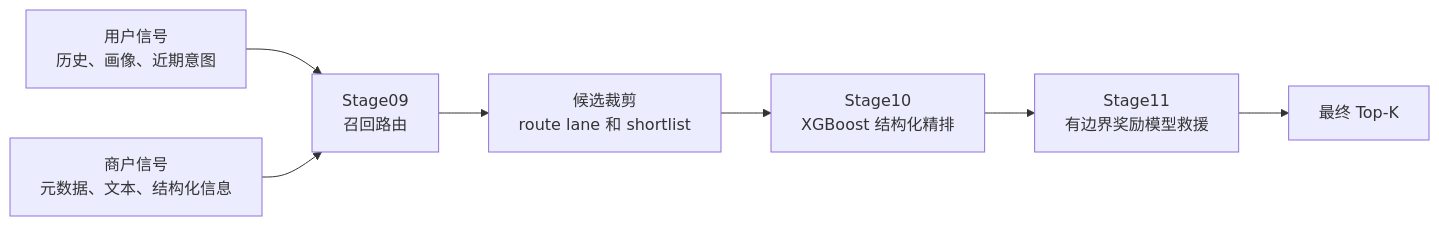
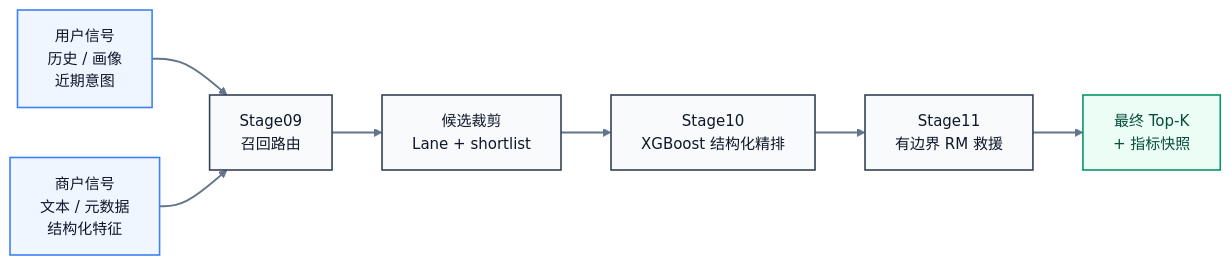
One commit to William-Huang274/Yelp-Offline-Recommendation-Pipeline changed the first of 2 diagrams in README.zh-CN.md. Above: the diagram before and after it, drawn with Mermaid. The commit also changed other lines of this file and 1 other file, not shown here.

Commit message:
docs: polish readme architecture diagrams

````diff
--- a/README.zh-CN.md
+++ b/README.zh-CN.md
@@ -36,9 +36,30 @@
 ```mermaid
+%%{init: {'theme': 'base', 'themeVariables': {
+  'primaryColor': '#F8FAFC',
+  'primaryBorderColor': '#CBD5E1',
+  'primaryTextColor': '#0F172A',
+  'lineColor': '#475569',
+  'secondaryColor': '#EEF2FF',
+  'tertiaryColor': '#ECFDF5',
+  'clusterBkg': '#FFFFFF',
+  'clusterBorder': '#CBD5E1',
+  'fontSize': '15px'
+}}}%%
 flowchart LR
-    U["用户信号<br/>历史、画像、近期意图"] --> R["Stage09<br/>召回路由"]
-    B["商户信号<br/>元数据、文本、结构化信息"] --> R
-    R --> T["候选裁剪<br/>route lane 和 shortlist"]
-    T --> X["Stage10<br/>XGBoost 结构化精排"]
-    X --> M["Stage11<br/>有边界奖励模型救援"]
-    M --> K["最终 Top-K"]
+    classDef input fill:#EFF6FF,stroke:#3B82F6,color:#0F172A,stroke-width:1.6px;
+    classDef stage fill:#F8FAFC,stroke:#334155,color:#0F172A,stroke-width:1.6px;
+    classDef output fill:#ECFDF5,stroke:#059669,color:#064E3B,stroke-width:1.6px;
+    linkStyle default stroke:#64748B,stroke-width:1.8px;
+
+    U["用户信号<br/>历史 / 画像<br/>近期意图"]:::input
+    B["商户信号<br/>文本 / 元数据<br/>结构化特征"]:::input
+    R["Stage09<br/>召回路由"]:::stage
+    T["候选裁剪<br/>Lane + shortlist"]:::stage
+    X["Stage10<br/>XGBoost 结构化精排"]:::stage
+    M["Stage11<br/>有边界 RM 救援"]:::stage
+    K["最终 Top-K<br/>+ 指标快照"]:::output
+
+    U --> R
+    B --> R
+    R --> T --> X --> M --> K
 ```
````
